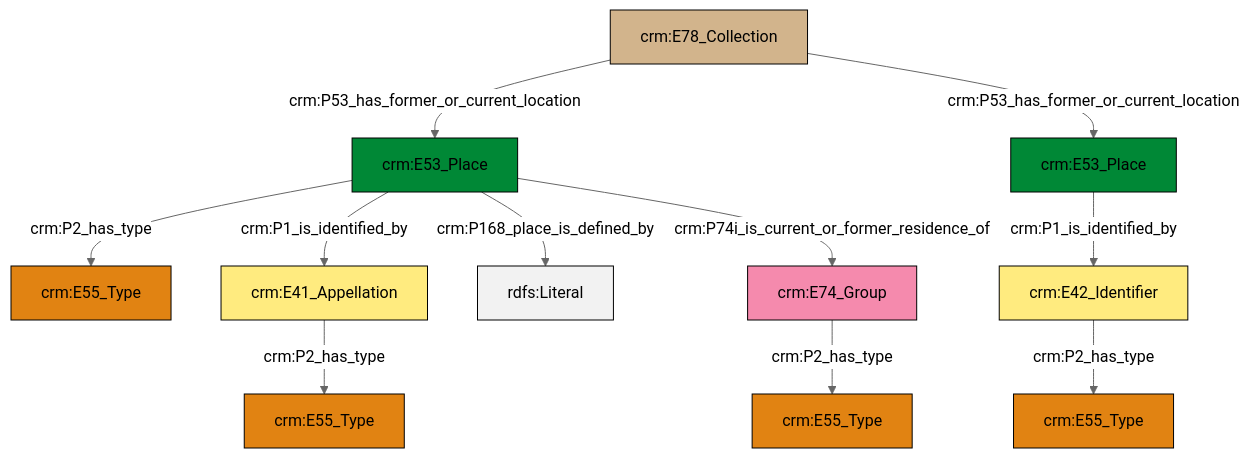
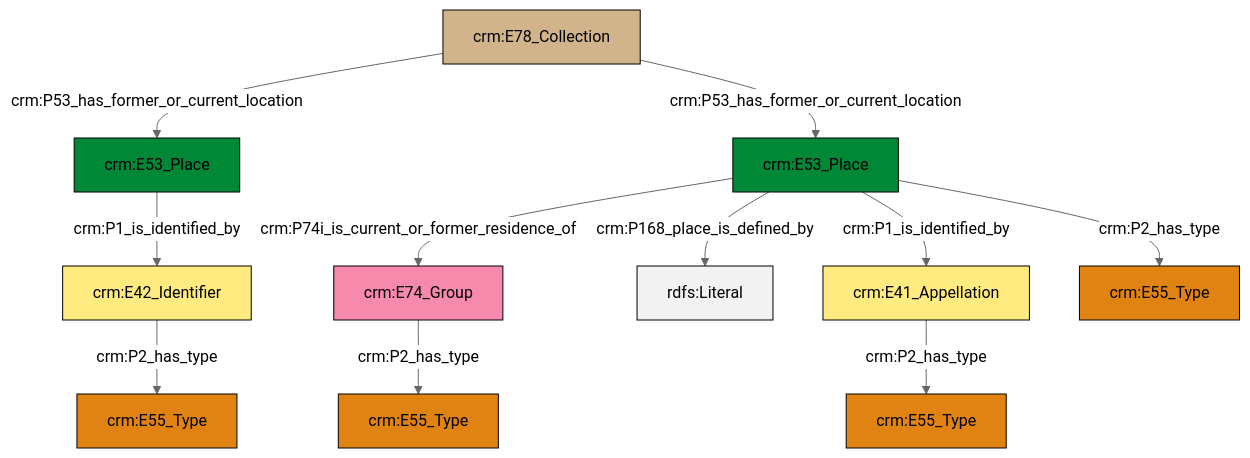
Before and after one commit to swiss-art-research-net/docs.swissartresearch: the diagram in et/archivalCSV/ttl/mmd/archival_location.ttl.mmd, drawn with Mermaid (neutral theme). The commit also changed 178 other files, not shown here.

```diff
--- a/et/archivalCSV/ttl/mmd/archival_location.ttl.mmd
+++ b/et/archivalCSV/ttl/mmd/archival_location.ttl.mmd
@@ -1,25 +1,25 @@
 graph TD
 classDef Literal fill:#f2f2f2,stroke:#000000;
 classDef CRM_Entity fill:#FFFFFF,stroke:#000000;
 classDef Temporal_Entity fill:#00C9E6, stroke:#000000;
 classDef Type fill:#E18312, stroke:#000000;
 classDef Time-Span fill:#2C9C91, stroke:#000000;
 classDef Appellation fill:#FFEB7F, stroke:#000000;
 classDef Place fill:#008836, stroke:#000000;
 classDef Persistent_Item fill:#B266B2, stroke:#000000;
 classDef Conceptual_Object fill:#FFD700, stroke:#000000;
 classDef Physical_Thing fill:#D2B48C, stroke:#000000;
 classDef Actor fill:#f58aad, stroke:#000000;
 classDef PC_Classes fill:#4ce600, stroke:#000000;
 classDef Multi fill:#cccccc,stroke:#000000;
 
-0["crm:E53_Place"]:::Place -->|crm:P1_is_identified_by| 1["crm:E42_Identifier"]:::Appellation
-2["crm:E53_Place"]:::Place -->|crm:P2_has_type| 3["crm:E55_Type"]:::Type
-4["crm:E78_Collection"]:::Physical_Thing -->|crm:P53_has_former_or_current_location| 2["crm:E53_Place"]:::Place
-4["crm:E78_Collection"]:::Physical_Thing -->|crm:P53_has_former_or_current_location| 0["crm:E53_Place"]:::Place
-9["crm:E74_Group"]:::Actor -->|crm:P2_has_type| 10["crm:E55_Type"]:::Type
-11["crm:E41_Appellation"]:::Appellation -->|crm:P2_has_type| 5["crm:E55_Type"]:::Type
-2["crm:E53_Place"]:::Place -->|crm:P1_is_identified_by| 11["crm:E41_Appellation"]:::Appellation
-1["crm:E42_Identifier"]:::Appellation -->|crm:P2_has_type| 15["crm:E55_Type"]:::Type
-2["crm:E53_Place"]:::Place -->|crm:P168_place_is_defined_by| 23[rdfs:Literal]:::Literal
-2["crm:E53_Place"]:::Place -->|crm:P74i_is_current_or_former_residence_of| 9["crm:E74_Group"]:::Actor
+4["crm:E78_Collection"]:::Physical_Thing -->|crm:P53_has_former_or_current_location| 5["crm:E53_Place"]:::Place
+6["crm:E53_Place"]:::Place -->|crm:P74i_is_current_or_former_residence_of| 7["crm:E74_Group"]:::Actor
+6["crm:E53_Place"]:::Place -->|crm:P168_place_is_defined_by| 12[rdfs:Literal]:::Literal
+2["crm:E41_Appellation"]:::Appellation -->|crm:P2_has_type| 13["crm:E55_Type"]:::Type
+5["crm:E53_Place"]:::Place -->|crm:P1_is_identified_by| 16["crm:E42_Identifier"]:::Appellation
+6["crm:E53_Place"]:::Place -->|crm:P1_is_identified_by| 2["crm:E41_Appellation"]:::Appellation
+6["crm:E53_Place"]:::Place -->|crm:P2_has_type| 21["crm:E55_Type"]:::Type
+7["crm:E74_Group"]:::Actor -->|crm:P2_has_type| 0["crm:E55_Type"]:::Type
+4["crm:E78_Collection"]:::Physical_Thing -->|crm:P53_has_former_or_current_location| 6["crm:E53_Place"]:::Place
+16["crm:E42_Identifier"]:::Appellation -->|crm:P2_has_type| 18["crm:E55_Type"]:::Type
```
